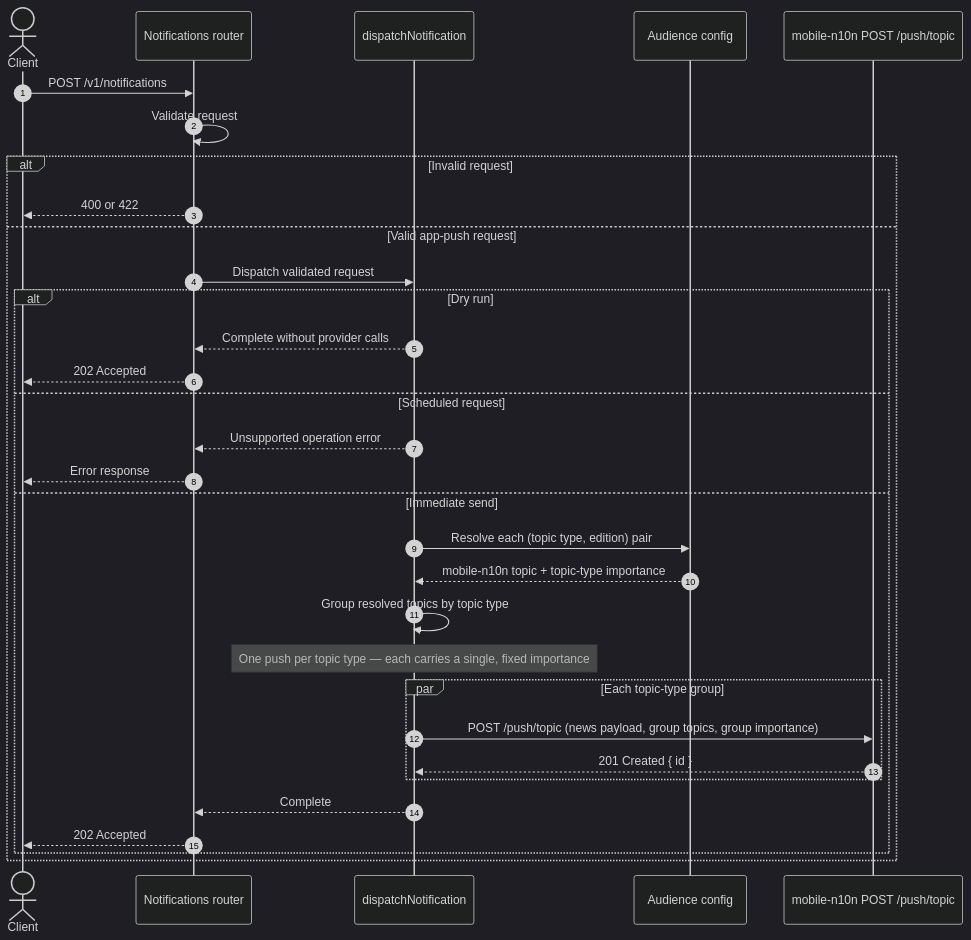
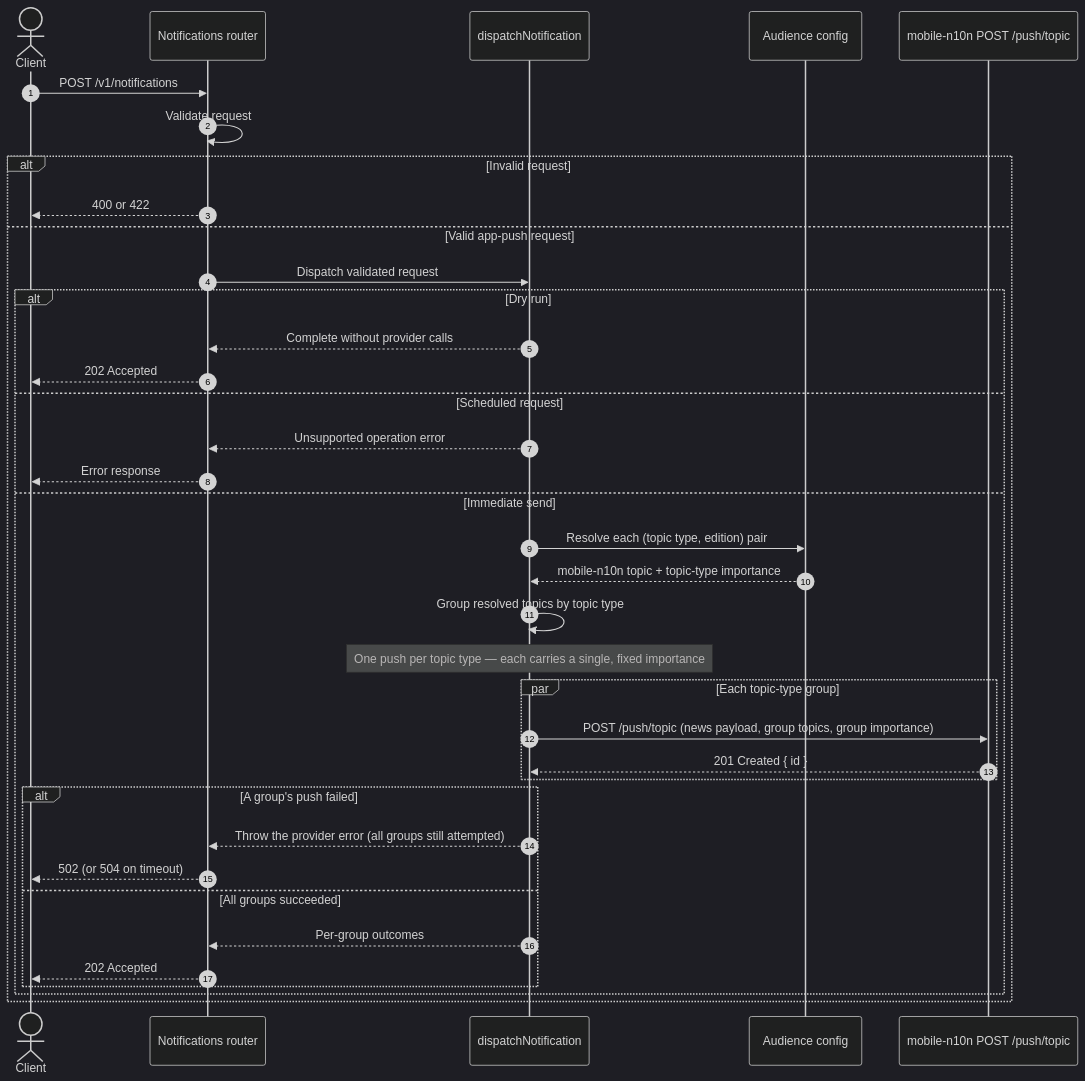
One commit to guardian/notifications-tooling changed the diagram in docs/mobile-n10n/mobile-n10n-topic-push-flow.md. Above: the diagram before and after it, drawn with Mermaid (dark theme). The commit also changed other lines of this file and 3 other files, not shown here.

````diff
--- a/docs/mobile-n10n/mobile-n10n-topic-push-flow.md
+++ b/docs/mobile-n10n/mobile-n10n-topic-push-flow.md
@@ -8,40 +8,45 @@
 ```mermaid
 sequenceDiagram
 	autonumber
 	actor Client
 	participant Router as Notifications router
 	participant Dispatch as dispatchNotification
 	participant Config as Audience config
 	participant N10n as mobile-n10n POST /push/topic
 
 	Client->>Router: POST /v1/notifications
 	Router->>Router: Validate request
 
 	alt Invalid request
 		Router-->>Client: 400 or 422
 	else Valid app-push request
 		Router->>Dispatch: Dispatch validated request
 
 		alt Dry run
 			Dispatch-->>Router: Complete without provider calls
 			Router-->>Client: 202 Accepted
 		else Scheduled request
 			Dispatch-->>Router: Unsupported operation error
 			Router-->>Client: Error response
 		else Immediate send
 			Dispatch->>Config: Resolve each (topic type, edition) pair
 			Config-->>Dispatch: mobile-n10n topic + topic-type importance
 			Dispatch->>Dispatch: Group resolved topics by topic type
 
 			Note over Dispatch: One push per topic type — each carries a single, fixed importance
 
 			par Each topic-type group
 				Dispatch->>N10n: POST /push/topic (news payload, group topics, group importance)
 				N10n-->>Dispatch: 201 Created { id }
 			end
 
-			Dispatch-->>Router: Complete
-			Router-->>Client: 202 Accepted
+			alt A group's push failed
+				Dispatch-->>Router: Throw the provider error (all groups still attempted)
+				Router-->>Client: 502 (or 504 on timeout)
+			else All groups succeeded
+				Dispatch-->>Router: Per-group outcomes
+				Router-->>Client: 202 Accepted
+			end
 		end
 	end
 ```
````
